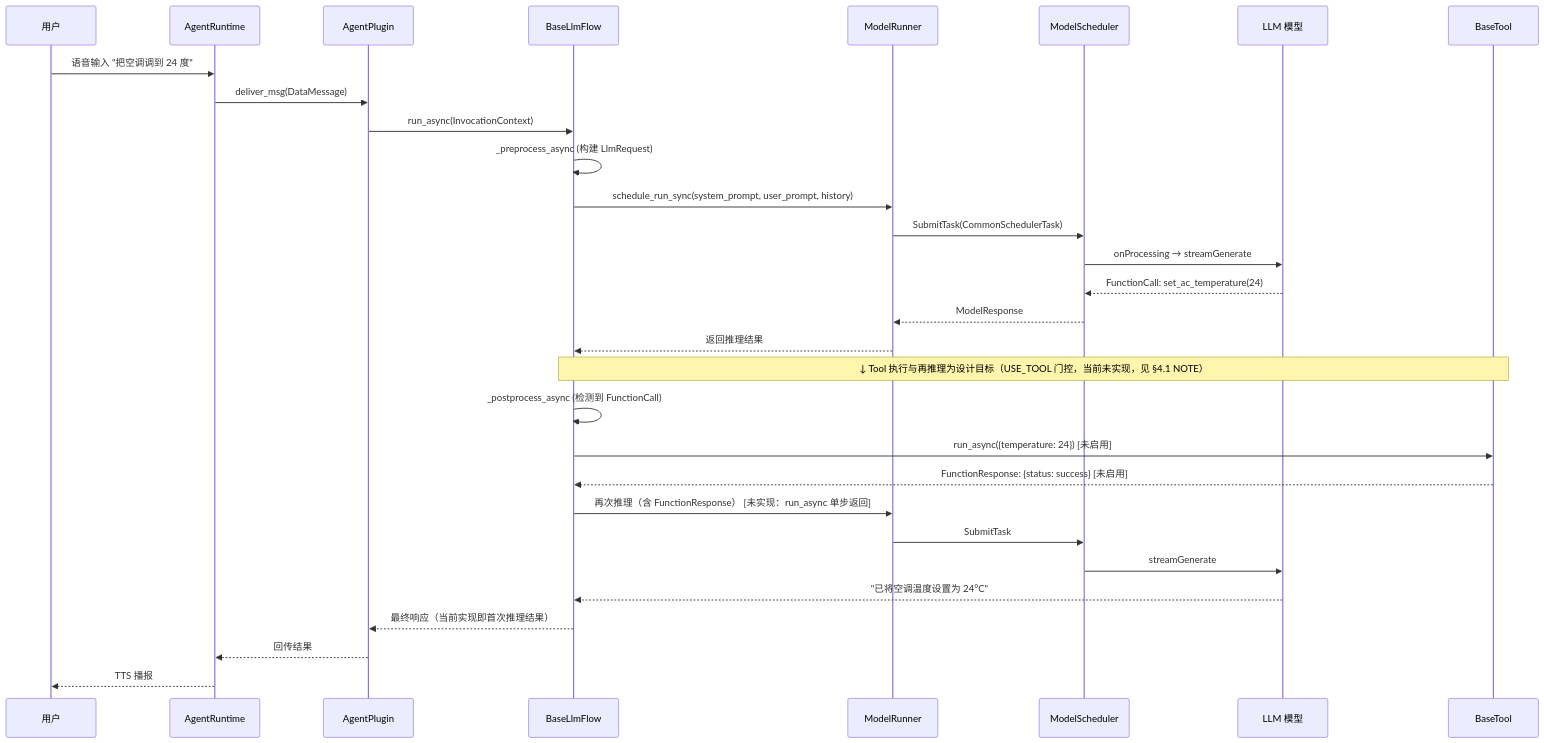
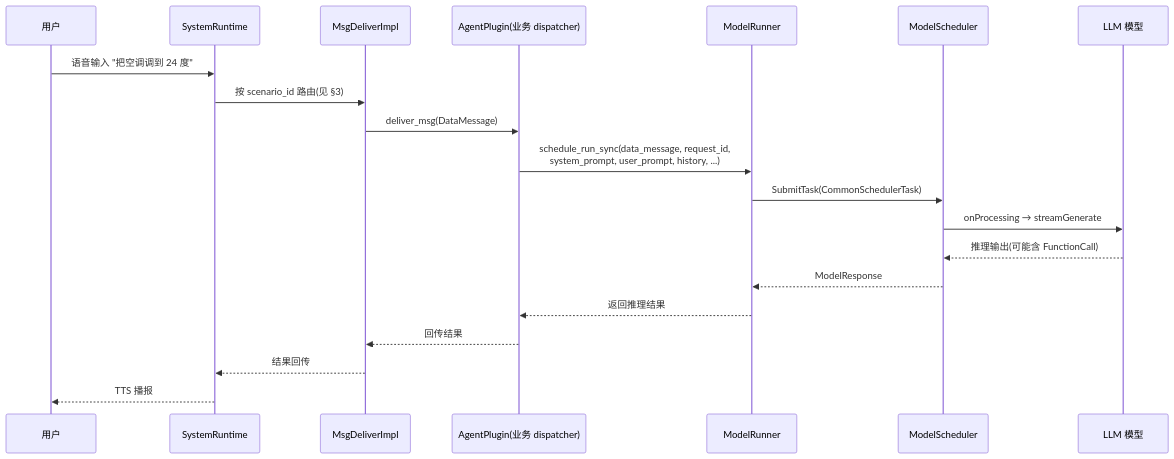
The tenth of 12 diagrams in cockpit/projects/agent-framework/agent-protocols.md (ranpin/edge-ai-docs), drawn with Mermaid before and after one commit. The commit also changed other lines of this file and 12 other files, not shown here.

````diff
--- a/cockpit/projects/agent-framework/agent-protocols.md
+++ b/cockpit/projects/agent-framework/agent-protocols.md
@@ -429,36 +715,23 @@
 ```mermaid
 sequenceDiagram
     participant U as 用户
-    participant AR as AgentRuntime
-    participant AP as AgentPlugin
-    participant FL as BaseLlmFlow
+    participant SR as SystemRuntime
+    participant MD as MsgDeliverImpl
+    participant AP as AgentPlugin(业务 dispatcher)
     participant MR as ModelRunner
     participant MS as ModelScheduler
     participant LLM as LLM 模型
-    participant TL as BaseTool
 
-    U->>AR: 语音输入 "把空调调到 24 度"
-    AR->>AP: deliver_msg(DataMessage)
-    AP->>FL: run_async(InvocationContext)
-
-    FL->>FL: _preprocess_async (构建 LlmRequest)
-    FL->>MR: schedule_run_sync(system_prompt, user_prompt, history)
+    U->>SR: 语音输入 "把空调调到 24 度"
+    SR->>MD: 按 scenario_id 路由(见 §3)
+    MD->>AP: deliver_msg(DataMessage)
+    AP->>MR: schedule_run_sync(data_message, request_id,<br/>system_prompt, user_prompt, history, ...)
     MR->>MS: SubmitTask(CommonSchedulerTask)
     MS->>LLM: onProcessing → streamGenerate
-    LLM-->>MS: FunctionCall: set_ac_temperature(24)
+    LLM-->>MS: 推理输出(可能含 FunctionCall)
     MS-->>MR: ModelResponse
-    MR-->>FL: 返回推理结果
-
-    Note over FL,TL: ↓ Tool 执行与再推理为设计目标（USE_TOOL 门控，当前未实现，见 §4.1 NOTE）
-    FL->>FL: _postprocess_async (检测到 FunctionCall)
-    FL->>TL: run_async({temperature: 24})  [未启用]
-    TL-->>FL: FunctionResponse: {status: success}  [未启用]
-    FL->>MR: 再次推理（含 FunctionResponse）  [未实现：run_async 单步返回]
-    MR->>MS: SubmitTask
-    MS->>LLM: streamGenerate
-    LLM-->>FL: "已将空调温度设置为 24°C"
-
-    FL-->>AP: 最终响应（当前实现即首次推理结果）
-    AP-->>AR: 回传结果
-    AR-->>U: TTS 播报
+    MR-->>AP: 返回推理结果
+    AP-->>MD: 回传结果
+    MD-->>SR: 结果回传
+    SR-->>U: TTS 播报
 ```
````
